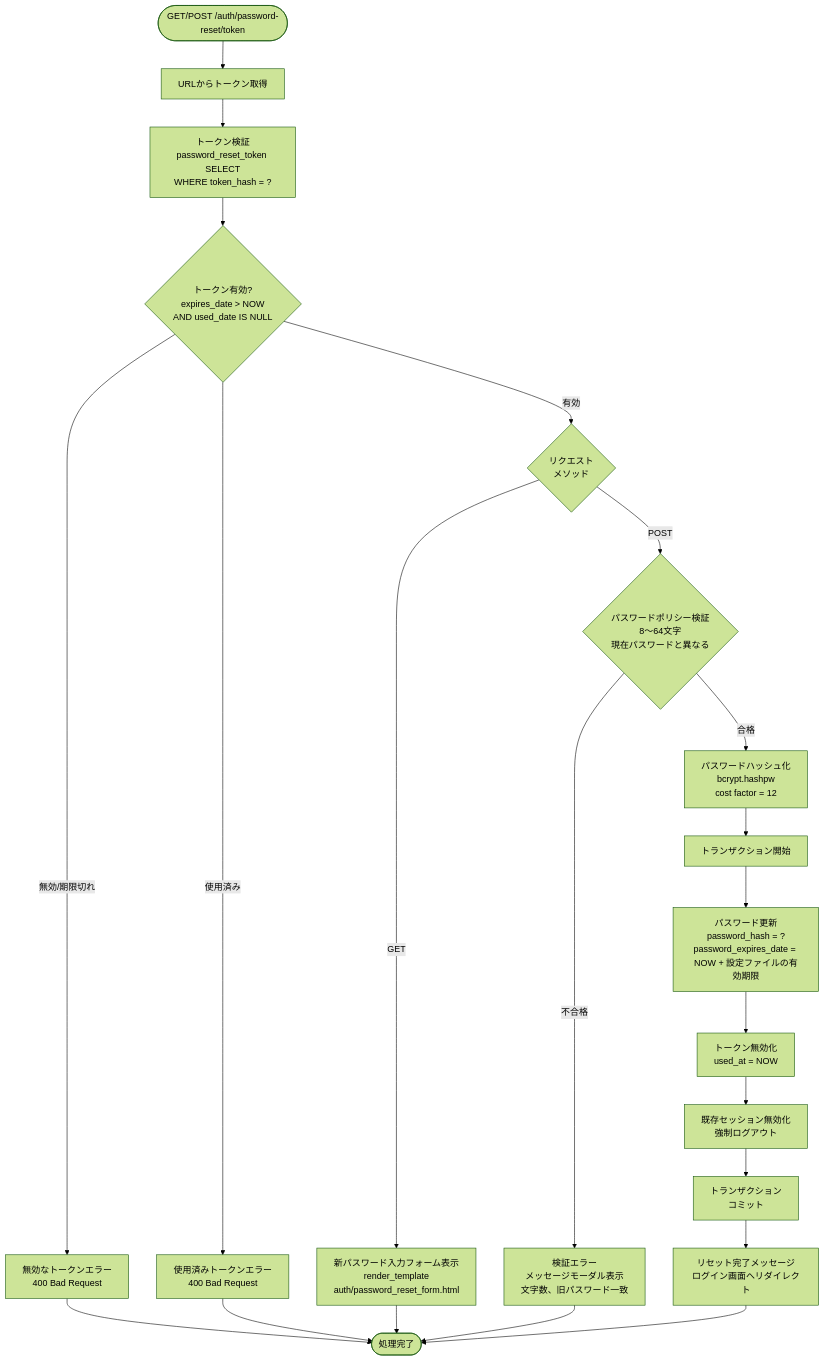
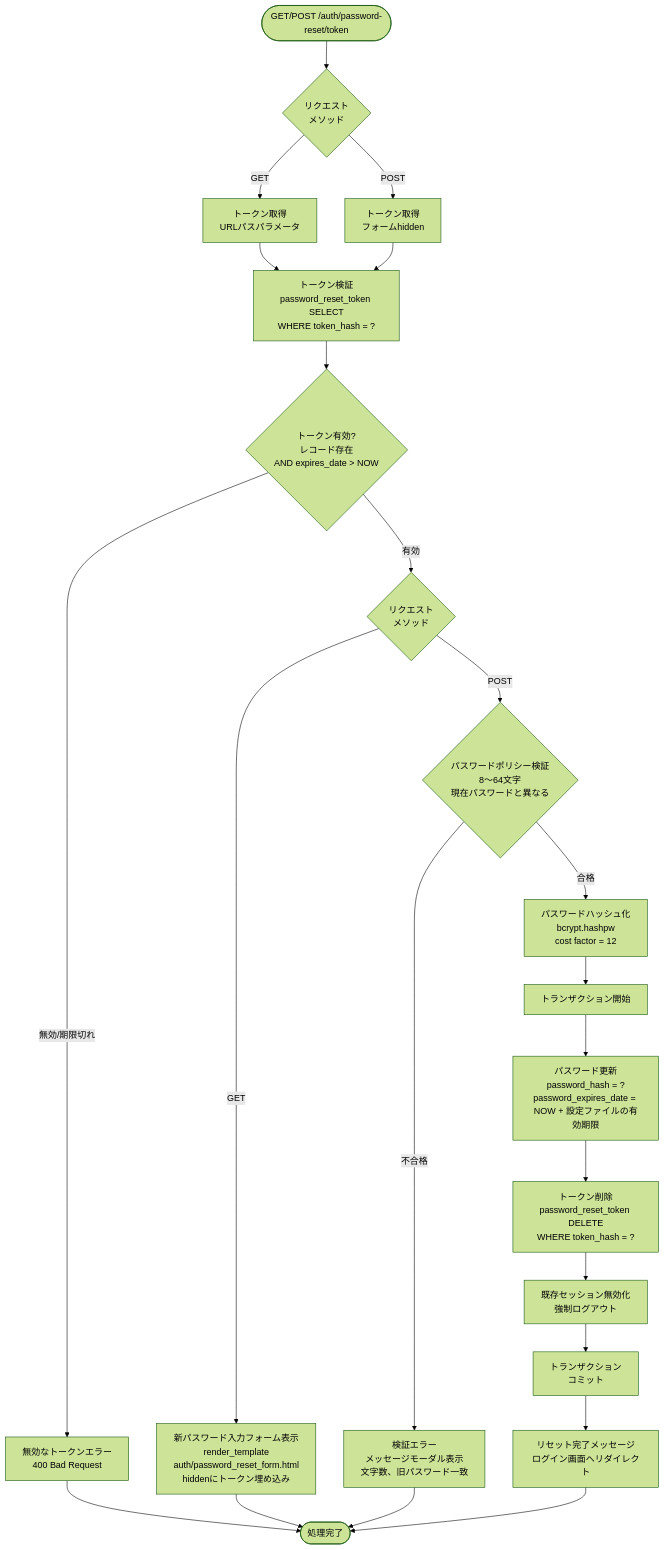
One commit to NSW-SVCP-AIWG002/Databricks-IoT changed the fourth of 4 diagrams in docs/03-features/common/authentication-specification.md. Above: the diagram before and after it, drawn with Mermaid (forest theme). The commit also changed other lines of this file and 1 other file, not shown here.

````diff
--- a/docs/03-features/common/authentication-specification.md
+++ b/docs/03-features/common/authentication-specification.md
@@ -1749,33 +1749,35 @@
 ```mermaid
 flowchart TD
-    Start([GET/POST /auth/password-reset/token]) --> GetToken[URLからトークン取得]
-    GetToken --> ValidateToken[トークン検証<br>password_reset_token SELECT<br>WHERE token_hash = ?]
+    Start([GET/POST /auth/password-reset/token]) --> CheckMethod1{リクエスト<br>メソッド}
 
-    ValidateToken --> CheckToken{トークン有効?<br>expires_date > NOW<br>AND used_date IS NULL}
+    CheckMethod1 -->|GET| GetTokenURL[トークン取得<br>URLパスパラメータ]
+    CheckMethod1 -->|POST| GetTokenForm[トークン取得<br>フォームhidden]
+
+    GetTokenURL --> ValidateToken[トークン検証<br>password_reset_token SELECT<br>WHERE token_hash = ?]
+    GetTokenForm --> ValidateToken
+
+    ValidateToken --> CheckToken{トークン有効?<br>レコード存在<br>AND expires_date > NOW}
 
     CheckToken -->|無効/期限切れ| ShowInvalidErr[無効なトークンエラー<br>400 Bad Request]
     ShowInvalidErr --> End1([処理完了])
 
-    CheckToken -->|使用済み| ShowUsedErr[使用済みトークンエラー<br>400 Bad Request]
-    ShowUsedErr --> End1
+    CheckToken -->|有効| CheckMethod2{リクエスト<br>メソッド}
 
-    CheckToken -->|有効| CheckMethod{リクエスト<br>メソッド}
-
-    CheckMethod -->|GET| ShowNewPwForm[新パスワード入力フォーム表示<br>render_template<br>auth/password_reset_form.html]
+    CheckMethod2 -->|GET| ShowNewPwForm[新パスワード入力フォーム表示<br>render_template<br>auth/password_reset_form.html<br>hiddenにトークン埋め込み]
     ShowNewPwForm --> End1
 
-    CheckMethod -->|POST| ValidateComplexity{パスワードポリシー検証<br>8〜64文字<br>現在パスワードと異なる}
+    CheckMethod2 -->|POST| ValidateComplexity{パスワードポリシー検証<br>8〜64文字<br>現在パスワードと異なる}
 
     ValidateComplexity -->|不合格| ShowComplexErr[検証エラー<br>メッセージモーダル表示<br>文字数、旧パスワード一致]
     ShowComplexErr --> End1
 
     ValidateComplexity -->|合格| HashPassword[パスワードハッシュ化<br>bcrypt.hashpw<br>cost factor = 12]
     HashPassword --> BeginTx[トランザクション開始]
 
     BeginTx --> UpdatePw[パスワード更新<br>password_hash = ?<br>password_expires_date = NOW + 設定ファイルの有効期限]
-    UpdatePw --> InvalidateToken[トークン無効化<br>used_at = NOW]
-    InvalidateToken --> ClearSessions[既存セッション無効化<br>強制ログアウト]
+    UpdatePw --> DeleteToken[トークン削除<br>password_reset_token DELETE<br>WHERE token_hash = ?]
+    DeleteToken --> ClearSessions[既存セッション無効化<br>強制ログアウト]
     ClearSessions --> CommitTx[トランザクション<br>コミット]
     CommitTx --> ShowResetSuccess[リセット完了メッセージ<br>ログイン画面へリダイレクト]
     ShowResetSuccess --> End1
 ```
````
